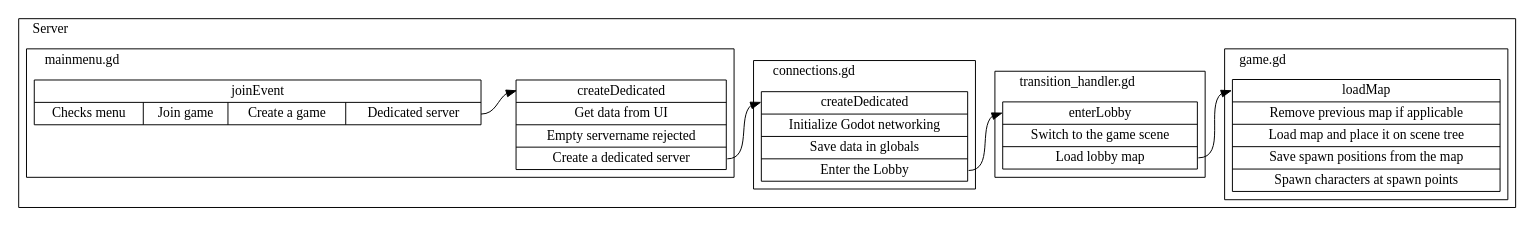
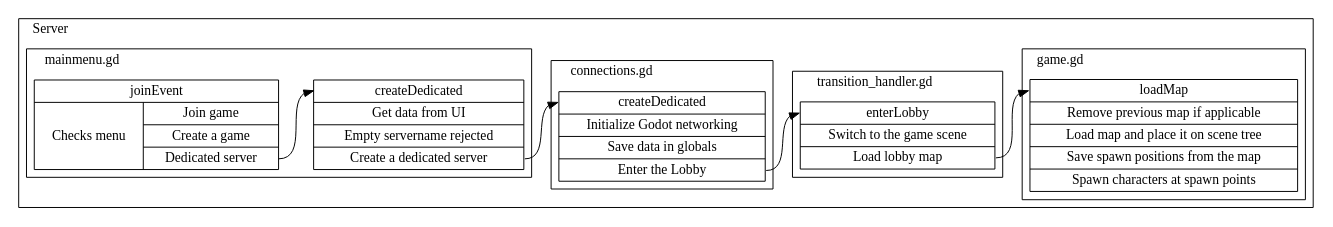
Before and after one commit to opensuspect/opensuspect: the diagram in misc/controlflow/create and join/dedicated.dot, drawn with Graphviz. The commit also changed 8 other files, not shown here.

Commit message:
corrected typos and previous control flow graphs

```diff
--- a/misc/controlflow/create and join/dedicated.dot
+++ b/misc/controlflow/create and join/dedicated.dot
@@ -1,52 +1,52 @@
 digraph controlflow {
     rankdir="LR";
     subgraph cluster_client1 {
         label="Client 1"; labeljust="l";
 
     }
     subgraph cluster_server {
         label="Server"; labeljust="l";
         subgraph cluster_server_game {
             label="game.gd"; labeljust="l";
             server_game_loadMap [
                 label="<begin>loadMap | {<f0> Remove previous map if applicable } | <f1> Load map and place it on scene tree  | <f2> Save spawn positions from the map  | <f3> Spawn characters at spawn points "
                 shape="record"
             ]
         }
         subgraph cluster_server_transition_handler {
             label="transition_handler.gd"; labeljust="l";
             server_transition_handler_enterLobby [
                 label="<begin>enterLobby | <f0> Switch to the game scene  | <f1> Load lobby map "
                 shape="record"
             ]
         }
         subgraph cluster_server_connections {
             label="connections.gd"; labeljust="l";
             server_connections_createDedicated [
                 label="<begin>createDedicated | <f0> Initialize Godot networking  | <f1> Save data in globals  | <f2> Enter the Lobby "
                 shape="record"
             ]
         }
         subgraph cluster_server_mainmenu {
             label="mainmenu.gd"; labeljust="l";
             server_mainmenu_createDedicated [
                 label="<begin>createDedicated | <f0> Get data from UI  | {<f1> Empty servername rejected } | <f2> Create a dedicated server "
                 shape="record"
             ]
             server_mainmenu_joinEvent [
-                label="<begin>joinEvent | {<f0> Checks menu  | <f1> Join game  | <f2> Create a game  | <f3> Dedicated server }"
+                label="<begin>joinEvent | {<f0> Checks menu  |  { <f1> Join game  | <f2> Create a game  | <f3> Dedicated server  } }"
                 shape="record"
             ]
         }
 
     }
     subgraph cluster_client2 {
         label="Client 2"; labeljust="l";
 
     }
 
     server_mainmenu_joinEvent:f3 -> server_mainmenu_createDedicated:begin;
     server_mainmenu_createDedicated:f2 -> server_connections_createDedicated:begin;
     server_connections_createDedicated:f2 -> server_transition_handler_enterLobby:begin;
     server_transition_handler_enterLobby:f1 -> server_game_loadMap:begin;
 }
```
